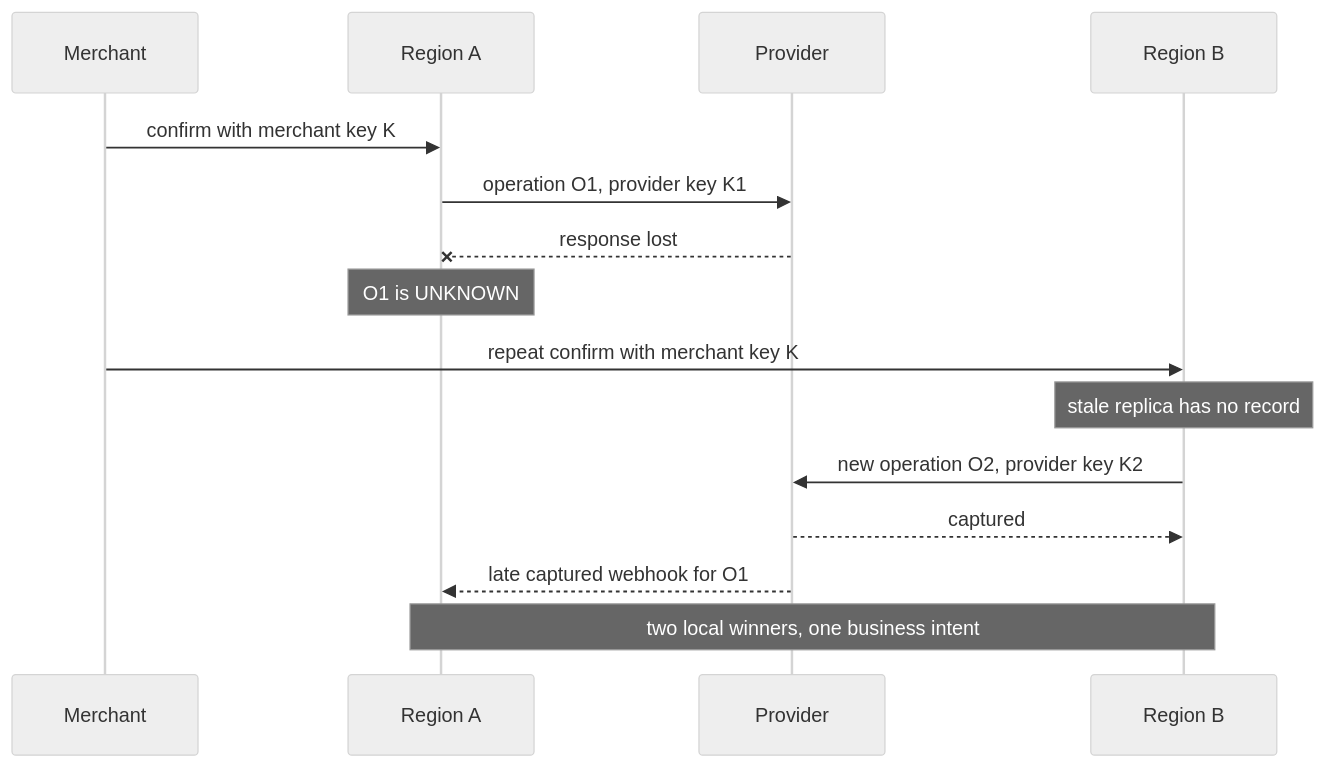
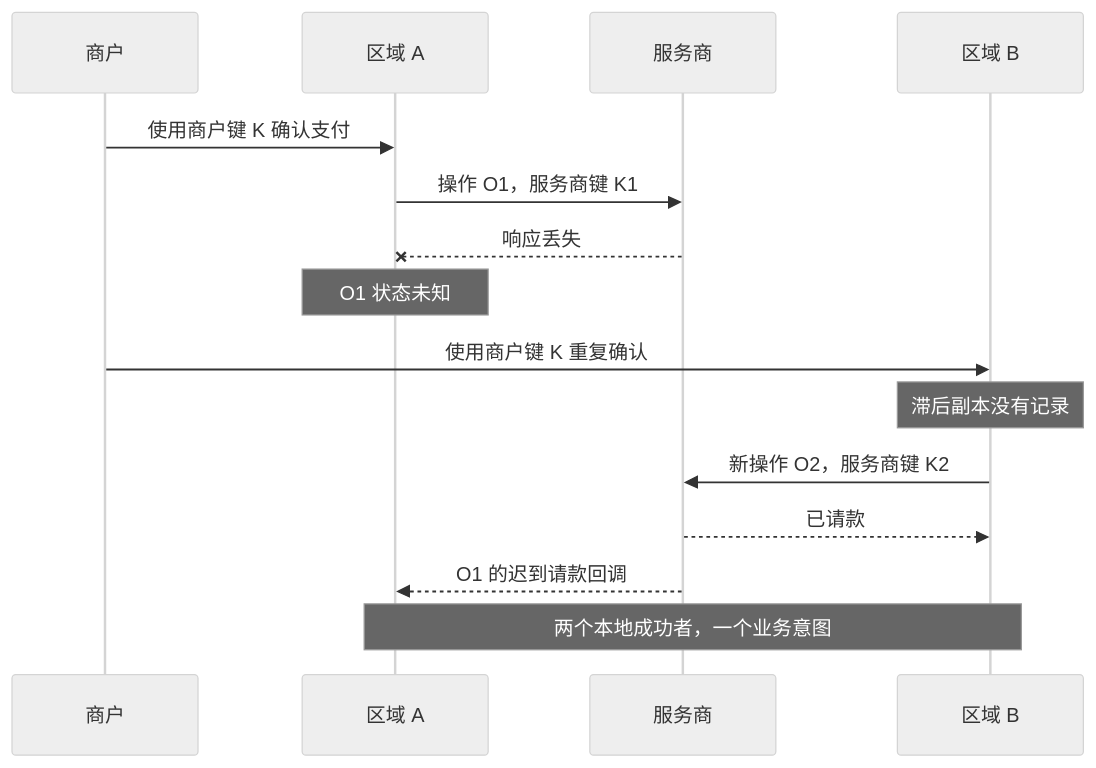
The first of 4 diagrams in part-5-global-routing/multi-region.md (YouEclipse/Designing-Modern-Payment-Systems), drawn with Mermaid (neutral theme) before and after one commit. The commit also changed other lines of this file and 59 other files, not shown here.

````diff
--- a/part-5-global-routing/multi-region.md
+++ b/part-5-global-routing/multi-region.md
@@ -38,17 +38,17 @@
 ```mermaid
 sequenceDiagram
-    participant M as Merchant
-    participant A as Region A
-    participant P as Provider
-    participant B as Region B
-    M->>A: confirm with merchant key K
-    A->>P: operation O1, provider key K1
-    P--xA: response lost
-    Note over A: O1 is UNKNOWN
-    M->>B: repeat confirm with merchant key K
-    Note over B: stale replica has no record
-    B->>P: new operation O2, provider key K2
-    P-->>B: captured
-    P-->>A: late captured webhook for O1
-    Note over A,B: two local winners, one business intent
+    participant M as 商户
+    participant A as 区域 A
+    participant P as 服务商
+    participant B as 区域 B
+    M->>A: 使用商户键 K 确认支付
+    A->>P: 操作 O1，服务商键 K1
+    P--xA: 响应丢失
+    Note over A: O1 状态未知
+    M->>B: 使用商户键 K 重复确认
+    Note over B: 滞后副本没有记录
+    B->>P: 新操作 O2，服务商键 K2
+    P-->>B: 已请款
+    P-->>A: O1 的迟到请款回调
+    Note over A,B: 两个本地成功者，一个业务意图
 ```
````
